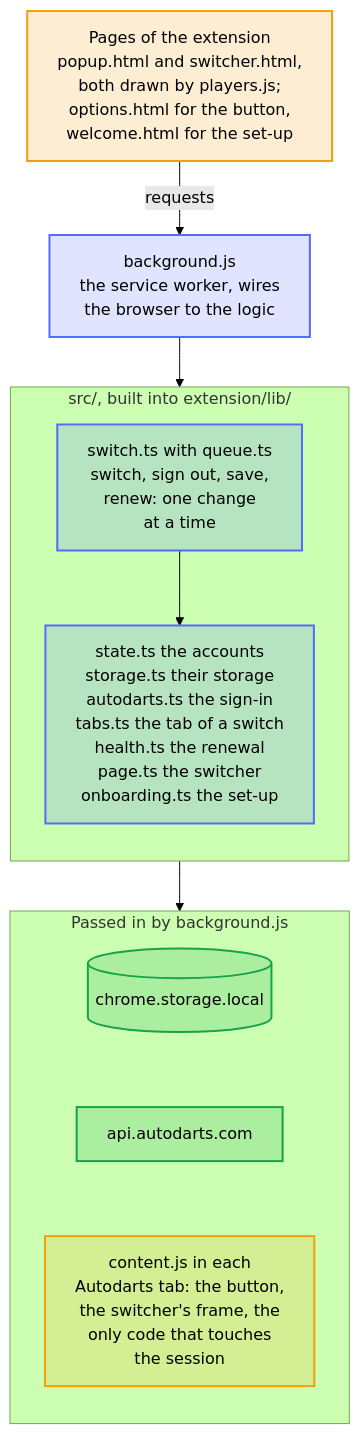
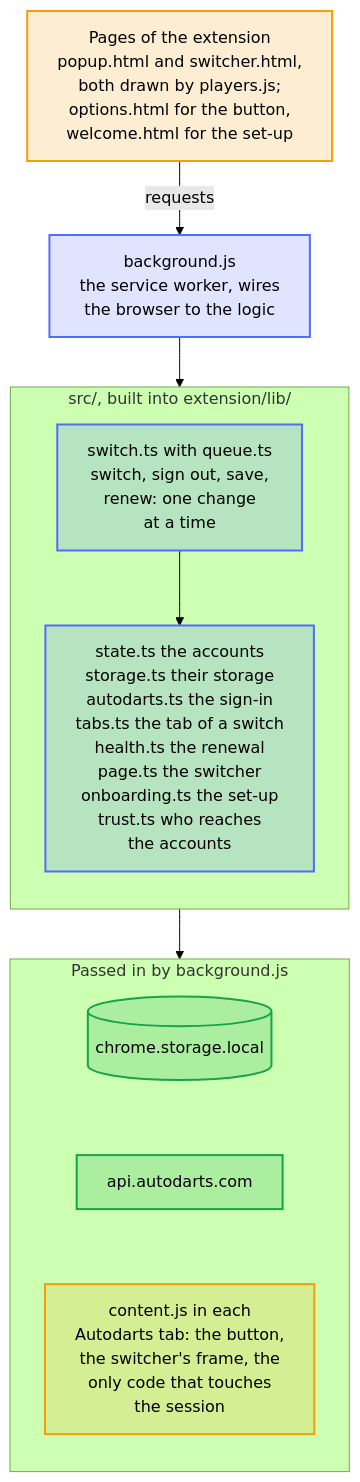
One commit to Dennis-Otto/player-switch-for-autodarts changed the diagram in docs/diagrams/architecture.mmd. Above: the diagram before and after it, drawn with Mermaid (forest theme). The commit also changed 32 other files, not shown here.

```diff
--- a/docs/diagrams/architecture.mmd
+++ b/docs/diagrams/architecture.mmd
@@ -1,34 +1,34 @@
 ---
 config:
   flowchart:
     wrappingWidth: 400
 ---
 flowchart TB
     accTitle: How the code is laid out
-    accDescr: The popup and the switcher are pages of the extension that players.js draws, the options page keeps the settings of the button, and the welcome page guides the first set-up. They send their requests to background.js, the service worker, which wires the browser to the logic in src/, built into extension/lib/. There switch.ts makes every change of the accounts, one at a time through queue.ts, with state.ts for the saved accounts, storage.ts to store them with the version of their format, and autodarts.ts for the sign-in service of Autodarts; tabs.ts picks the Autodarts tab, health.ts plans the renewal and the badge, page.ts decides for the switcher, and onboarding.ts for the first set-up and the bug report. The logic reaches chrome.storage.local, api.autodarts.com and content.js only through what background.js passes in. content.js runs in each Autodarts tab, shows the button and the frame of the switcher, and is the only code that reads or writes the session of the page.
+    accDescr: The popup and the switcher are pages of the extension that players.js draws, the options page keeps the settings of the button, and the welcome page guides the first set-up. They send their requests to background.js, the service worker, which wires the browser to the logic in src/, built into extension/lib/. There switch.ts makes every change of the accounts, one at a time through queue.ts, with state.ts for the saved accounts, storage.ts to store them with the version of their format, and autodarts.ts for the sign-in service of Autodarts; tabs.ts picks the Autodarts tab, health.ts plans the renewal and the badge, page.ts decides for the switcher, onboarding.ts for the first set-up and the bug report, and trust.ts who may send which request and who may read the storage. The logic reaches chrome.storage.local, api.autodarts.com and content.js only through what background.js passes in. content.js runs in each Autodarts tab, shows the button and the frame of the switcher, and is the only code that reads or writes the session of the page.
 
     pages["Pages of the extension<br>popup.html and switcher.html,<br>both drawn by players.js;<br>options.html for the button,<br>welcome.html for the set-up"]
     worker["background.js<br>the service worker, wires<br>the browser to the logic"]
     subgraph lib ["src/, built into extension/lib/"]
         direction TB
         switch["switch.ts with queue.ts<br>switch, sign out, save,<br>renew: one change<br>at a time"]
-        parts["state.ts the accounts<br>storage.ts their storage<br>autodarts.ts the sign-in<br>tabs.ts the tab of a switch<br>health.ts the renewal<br>page.ts the switcher<br>onboarding.ts the set-up"]
+        parts["state.ts the accounts<br>storage.ts their storage<br>autodarts.ts the sign-in<br>tabs.ts the tab of a switch<br>health.ts the renewal<br>page.ts the switcher<br>onboarding.ts the set-up<br>trust.ts who reaches<br>the accounts"]
         switch --> parts
     end
     subgraph ports ["Passed in by background.js"]
         direction TB
         storage[("chrome.storage.local")]
         api["api.autodarts.com"]
         content["content.js in each<br>Autodarts tab: the button,<br>the switcher's frame, the<br>only code that touches<br>the session"]
         storage ~~~ api ~~~ content
     end
 
     pages -- "requests" --> worker --> lib
     lib --> ports
 
     classDef bot fill:#526cfe2e,stroke:#526cfe,stroke-width:2px
     classDef done fill:#16a34a2e,stroke:#16a34a,stroke-width:2px
     classDef person fill:#f59e0b2e,stroke:#f59e0b,stroke-width:2px
     class pages,content person
     class worker,switch,parts bot
     class storage,api done
```
